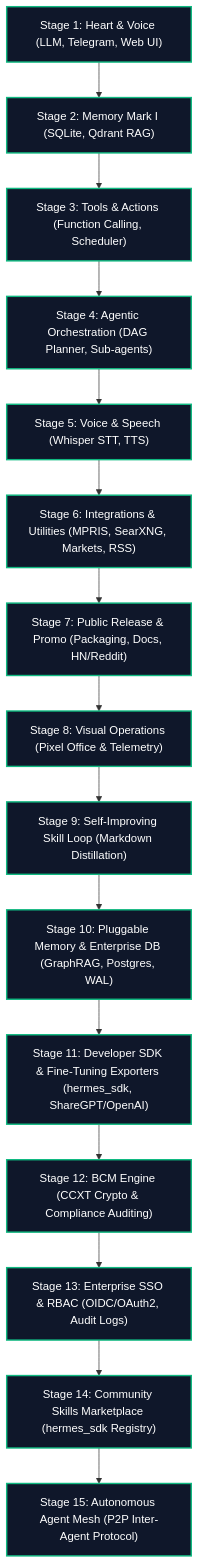
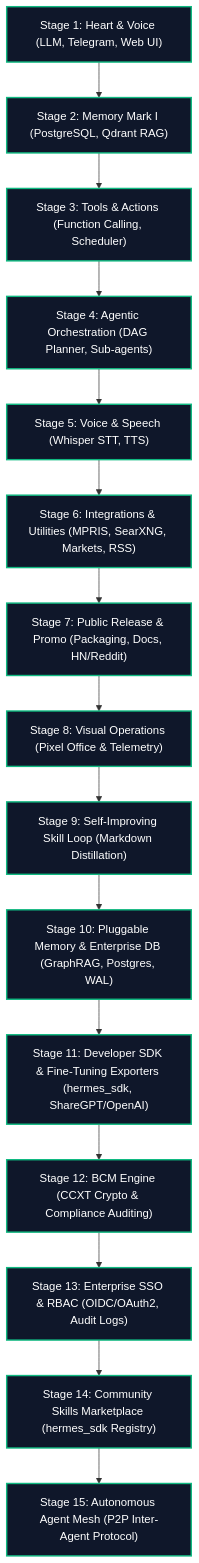
The first of 2 diagrams in ROADMAP.md (pauloberezini/hermes-synapse), drawn with Mermaid before and after one commit. The commit also changed other lines of this file and 40 other files, not shown here.

````diff
--- a/ROADMAP.md
+++ b/ROADMAP.md
@@ -11,33 +11,33 @@
 ```mermaid
 graph TD
-    Stage1["Stage 1: Heart & Voice (LLM, Telegram, Web UI)"] --> Stage2["Stage 2: Memory Mark I (SQLite, Qdrant RAG)"]
+    Stage1["Stage 1: Heart & Voice (LLM, Telegram, Web UI)"] --> Stage2["Stage 2: Memory Mark I (PostgreSQL, Qdrant RAG)"]
     Stage2 --> Stage3["Stage 3: Tools & Actions (Function Calling, Scheduler)"]
     Stage3 --> Stage4["Stage 4: Agentic Orchestration (DAG Planner, Sub-agents)"]
     Stage4 --> Stage5["Stage 5: Voice & Speech (Whisper STT, TTS)"]
     Stage5 --> Stage6["Stage 6: Integrations & Utilities (MPRIS, SearXNG, Markets, RSS)"]
     Stage6 --> Stage7["Stage 7: Public Release & Promo (Packaging, Docs, HN/Reddit)"]
     Stage7 --> Stage8["Stage 8: Visual Operations (Pixel Office & Telemetry)"]
     Stage8 --> Stage9["Stage 9: Self-Improving Skill Loop (Markdown Distillation)"]
     Stage9 --> Stage10["Stage 10: Pluggable Memory & Enterprise DB (GraphRAG, Postgres, WAL)"]
     Stage10 --> Stage11["Stage 11: Developer SDK & Fine-Tuning Exporters (hermes_sdk, ShareGPT/OpenAI)"]
     Stage11 --> Stage12["Stage 12: BCM Engine (CCXT Crypto & Compliance Auditing)"]
     Stage12 --> Stage13["Stage 13: Enterprise SSO & RBAC (OIDC/OAuth2, Audit Logs)"]
     Stage13 --> Stage14["Stage 14: Community Skills Marketplace (hermes_sdk Registry)"]
     Stage14 --> Stage15["Stage 15: Autonomous Agent Mesh (P2P Inter-Agent Protocol)"]
     
     style Stage1 fill:#0f172a,stroke:#10b981,stroke-width:2px,color:#fff
     style Stage2 fill:#0f172a,stroke:#10b981,stroke-width:2px,color:#fff
     style Stage3 fill:#0f172a,stroke:#10b981,stroke-width:2px,color:#fff
     style Stage4 fill:#0f172a,stroke:#10b981,stroke-width:2px,color:#fff
     style Stage5 fill:#0f172a,stroke:#10b981,stroke-width:2px,color:#fff
     style Stage6 fill:#0f172a,stroke:#10b981,stroke-width:2px,color:#fff
     style Stage7 fill:#0f172a,stroke:#10b981,stroke-width:2px,color:#fff
     style Stage8 fill:#0f172a,stroke:#10b981,stroke-width:2px,color:#fff
     style Stage9 fill:#0f172a,stroke:#10b981,stroke-width:2px,color:#fff
     style Stage10 fill:#0f172a,stroke:#10b981,stroke-width:2px,color:#fff
     style Stage11 fill:#0f172a,stroke:#10b981,stroke-width:2px,color:#fff
     style Stage12 fill:#0f172a,stroke:#10b981,stroke-width:2px,color:#fff
     style Stage13 fill:#0f172a,stroke:#10b981,stroke-width:2px,color:#fff
     style Stage14 fill:#0f172a,stroke:#10b981,stroke-width:2px,color:#fff
     style Stage15 fill:#0f172a,stroke:#10b981,stroke-width:2px,color:#fff
 ```
````
